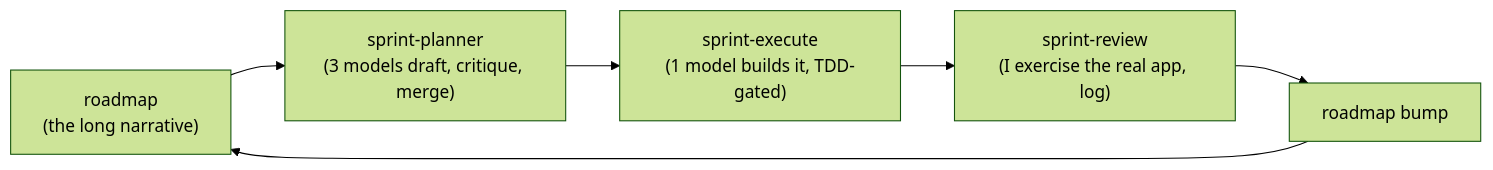
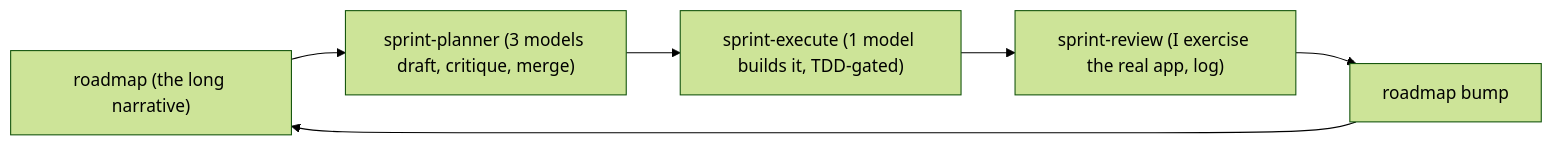
Before and after one commit to PepJr100/plant-potting: the first of 2 diagrams in README.md, drawn with Mermaid (forest theme). The commit also changed other lines of this file, not shown here.

First line of the commit message:
Fix Mermaid render on GitHub: drop HTML labels + Home-nav subgraph

````diff
--- a/README.md
+++ b/README.md
@@ -14,8 +14,8 @@
 ```mermaid
 flowchart LR
-    R["roadmap<br/>(the long narrative)"] --> P["sprint-planner<br/>(3 models draft, critique, merge)"]
-    P --> E["sprint-execute<br/>(1 model builds it, TDD-gated)"]
-    E --> V["sprint-review<br/>(I exercise the real app, log)"]
+    R["roadmap (the long narrative)"] --> P["sprint-planner (3 models draft, critique, merge)"]
+    P --> E["sprint-execute (1 model builds it, TDD-gated)"]
+    E --> V["sprint-review (I exercise the real app, log)"]
     V --> B["roadmap bump"]
     B --> R
 ```
````
